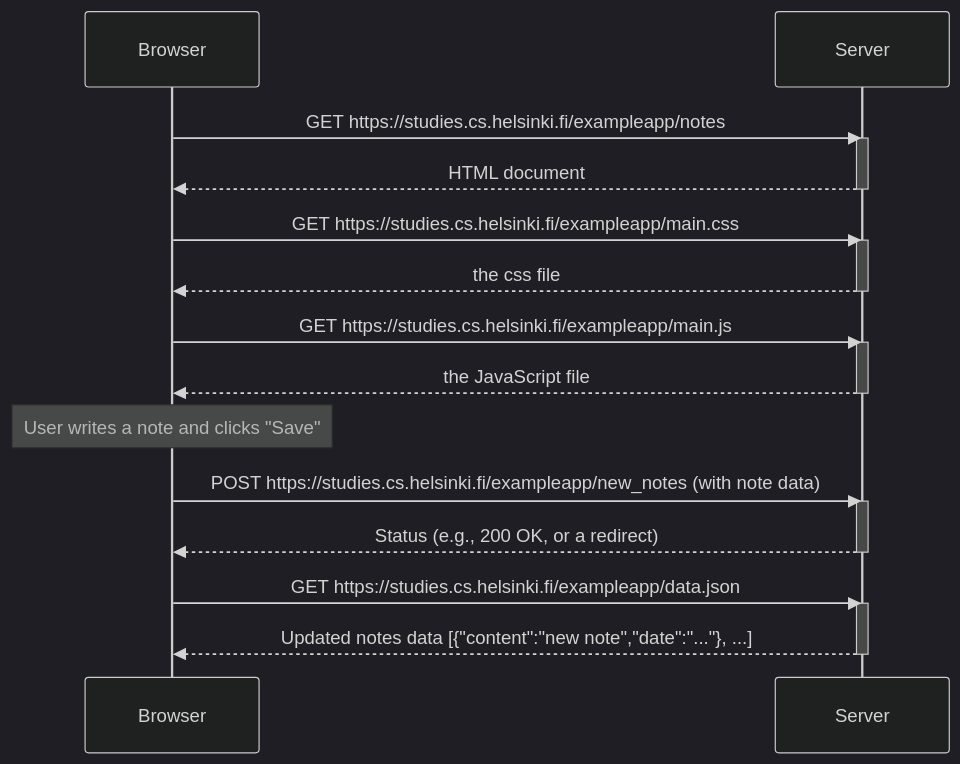
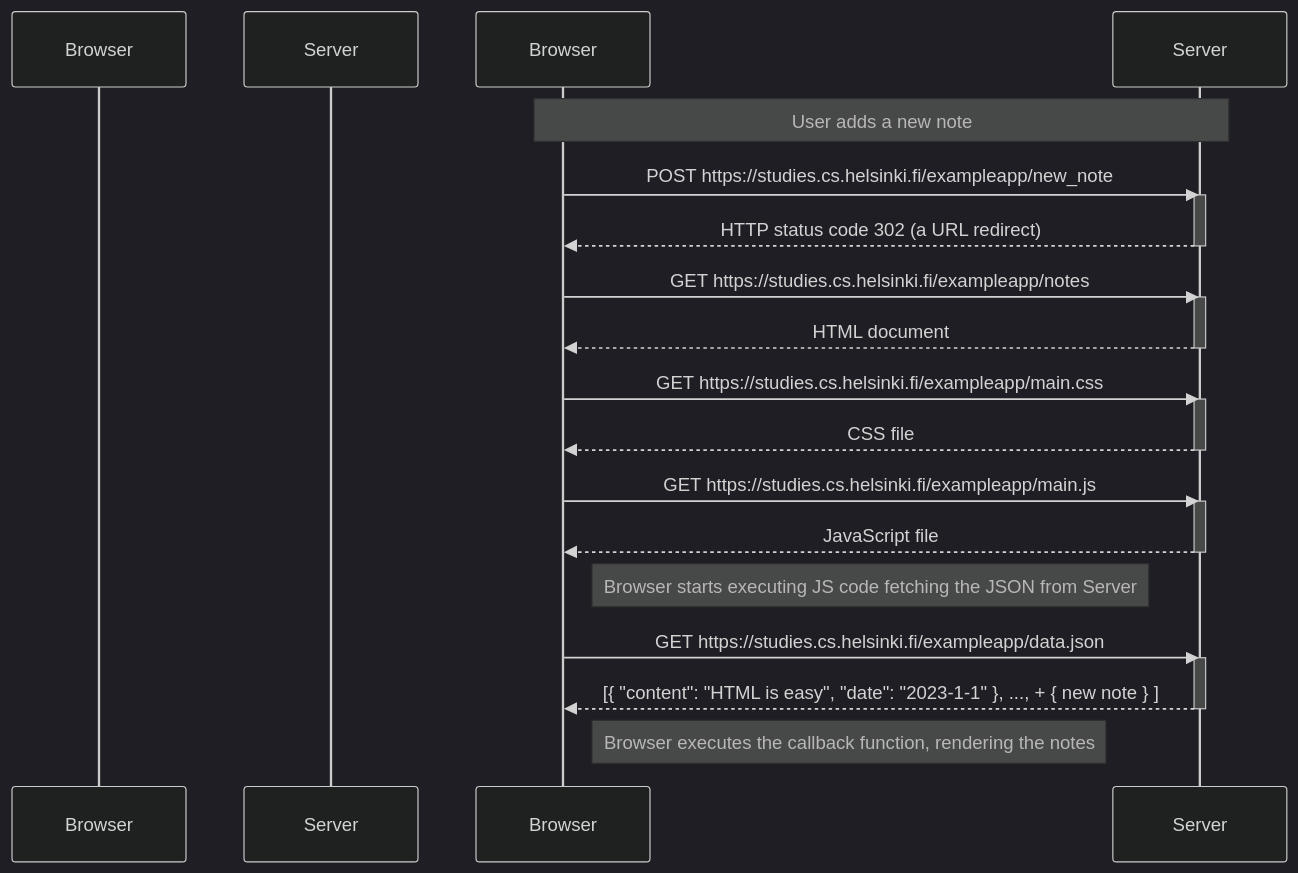
Before and after one commit to haronmerzaie/full_stack_open_part1-4: the diagram in part0/0.4_new_note_diagram.md, drawn with Mermaid (dark theme).

Commit message:
Mermaid Fix

````diff
--- a/part0/0.4_new_note_diagram.md
+++ b/part0/0.4_new_note_diagram.md
@@ -1,32 +1,37 @@
 ```mermaid
 sequenceDiagram
     participant browser as Browser
     participant server as Server
 
-    browser->>server: GET https://studies.cs.helsinki.fi/exampleapp/notes
-    activate server
-    server-->>browser: HTML document
-    deactivate server
+    Note over Browser,Server: User adds a new note
 
-    browser->>server: GET https://studies.cs.helsinki.fi/exampleapp/main.css
-    activate server
-    server-->>browser: the css file
-    deactivate server
+    Browser->>Server: POST https://studies.cs.helsinki.fi/exampleapp/new_note
+    activate Server
+    Server-->>Browser: HTTP status code 302 (a URL redirect)
+    deactivate Server
 
-    browser->>server: GET https://studies.cs.helsinki.fi/exampleapp/main.js
-    activate server
-    server-->>browser: the JavaScript file
-    deactivate server
+    Browser->>Server: GET https://studies.cs.helsinki.fi/exampleapp/notes
+    activate Server
+    Server-->>Browser: HTML document
+    deactivate Server
 
-    Note over browser: User writes a note and clicks "Save"
+    Browser->>Server: GET https://studies.cs.helsinki.fi/exampleapp/main.css
+    activate Server
+    Server-->>Browser: CSS file
+    deactivate Server
 
-    browser->>server: POST https://studies.cs.helsinki.fi/exampleapp/new_notes (with note data)
-    activate server
-    server-->>browser: Status (e.g., 200 OK, or a redirect)
-    deactivate server
+    Browser->>Server: GET https://studies.cs.helsinki.fi/exampleapp/main.js
+    activate Server
+    Server-->>Browser: JavaScript file
+    deactivate Server
 
-    browser->>server: GET https://studies.cs.helsinki.fi/exampleapp/data.json
-    activate server
-    server-->>browser: Updated notes data [{"content":"new note","date":"..."}, ...]
-    deactivate server
+    Note right of Browser: Browser starts executing JS code fetching the JSON from Server
+
+    Browser->>Server: GET https://studies.cs.helsinki.fi/exampleapp/data.json
+    activate Server
+    Server-->>Browser: [{ "content": "HTML is easy", "date": "2023-1-1" }, ..., + { new note } ]
+    deactivate Server
+
+    Note right of Browser: Browser executes the callback function, rendering the notes
+
 ```
````
